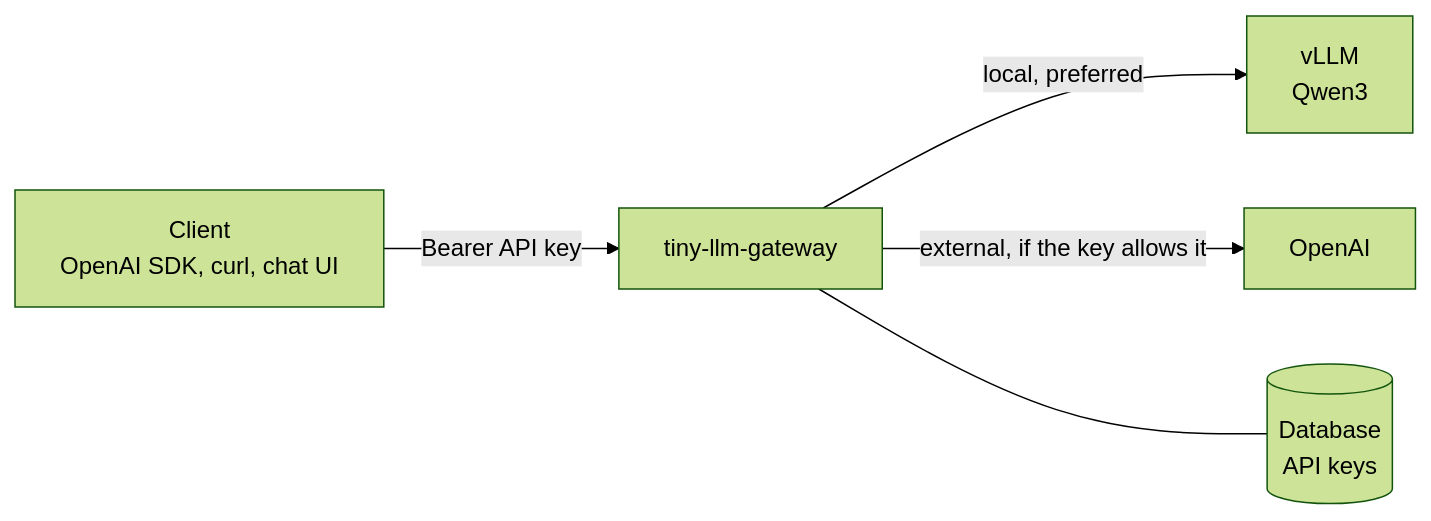
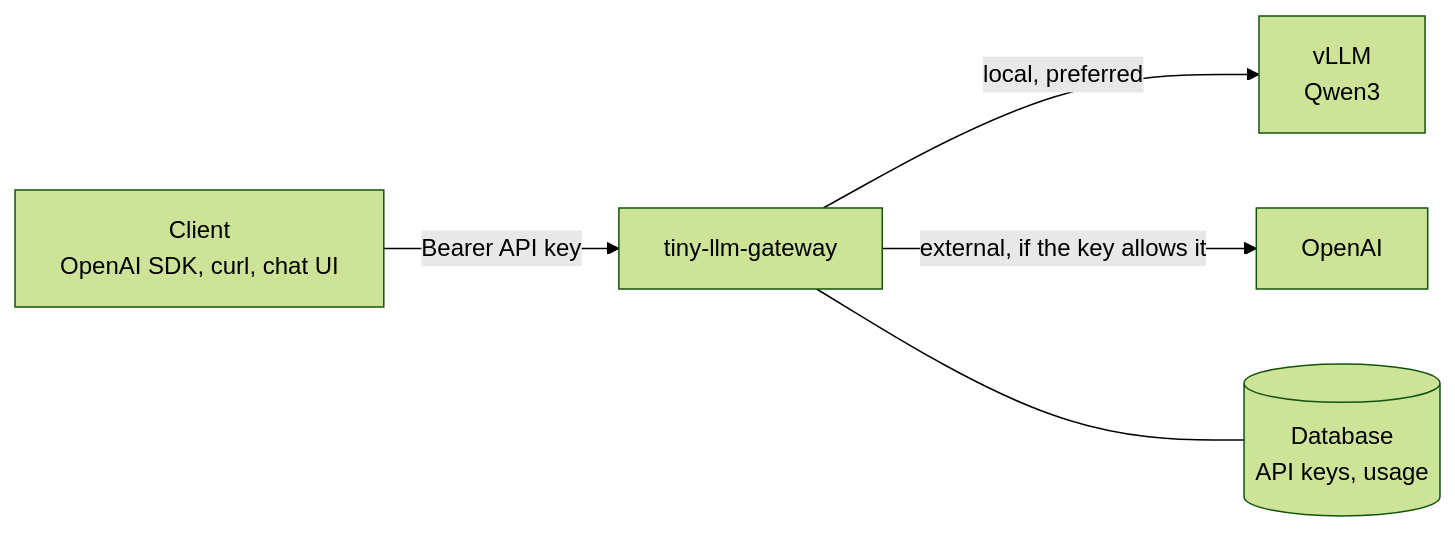
One commit to lukasgebhard/tiny-llm-gateway changed the diagram in README.md. Above: the diagram before and after it, drawn with Mermaid (forest theme). The commit also changed other lines of this file and 8 other files, not shown here.

First line of the commit message:
Add usage accounting per API key, model and backend

````diff
--- a/README.md
+++ b/README.md
@@ -13,7 +11,7 @@
 ```mermaid
 flowchart LR
     C[Client<br/>OpenAI SDK, curl, chat UI] -->|Bearer API key| G[tiny-llm-gateway]
     G -->|local, preferred| V[vLLM<br/>Qwen3]
     G -->|external, if the key allows it| O[OpenAI]
-    G --- DB[(Database<br/>API keys)]
+    G --- DB[(Database<br/>API keys, usage)]
 ```
````
